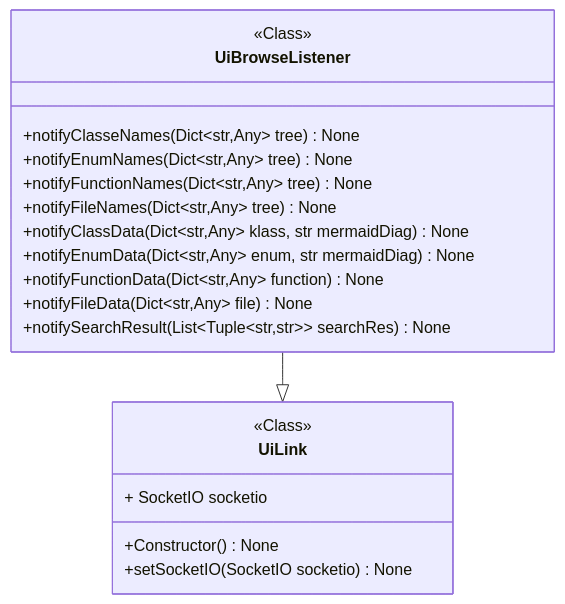
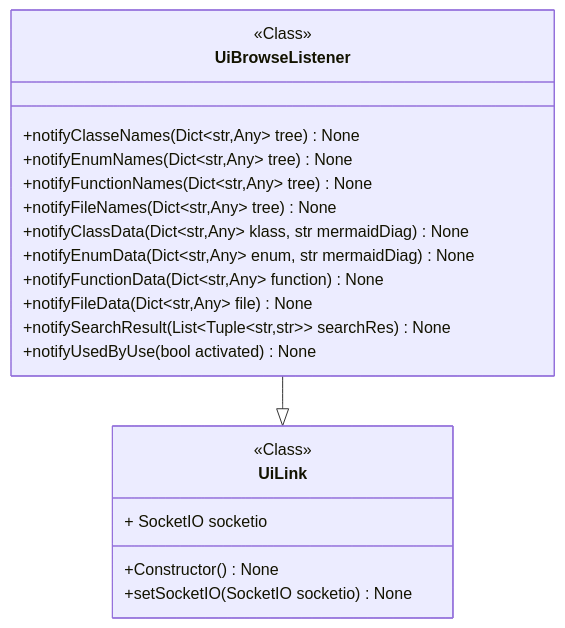
One commit to miong/pycodeanalyzer changed the diagram in docs/source/code/diagrams/pycodeanalyzer_ui_app_UiBrowseListener.mmd. Above: the diagram before and after it, drawn with Mermaid. The commit also changed 15 other files, not shown here.

```diff
--- a/docs/source/code/diagrams/pycodeanalyzer_ui_app_UiBrowseListener.mmd
+++ b/docs/source/code/diagrams/pycodeanalyzer_ui_app_UiBrowseListener.mmd
@@ -1,21 +1,22 @@
 classDiagram
 class UiBrowseListener {
 <<Class>>
 +notifyClasseNames(Dict~str,Any~ tree) None
 +notifyEnumNames(Dict~str,Any~ tree) None
 +notifyFunctionNames(Dict~str,Any~ tree) None
 +notifyFileNames(Dict~str,Any~ tree) None
 +notifyClassData(Dict~str,Any~ klass, str mermaidDiag) None
 +notifyEnumData(Dict~str,Any~ enum, str mermaidDiag) None
 +notifyFunctionData(Dict~str,Any~ function) None
 +notifyFileData(Dict~str,Any~ file) None
 +notifySearchResult(List&lt;Tuple&lt;str,str&gt;&gt; searchRes) None
++notifyUsedByUse(bool activated) None
 }
 class UiLink {
 <<Class>>
 + SocketIO socketio
 +Constructor() None
 +setSocketIO(SocketIO socketio) None
 }
 link UiLink "class££pycodeanalyzer::ui::app::UiLink"
 UiBrowseListener --|> UiLink
```
